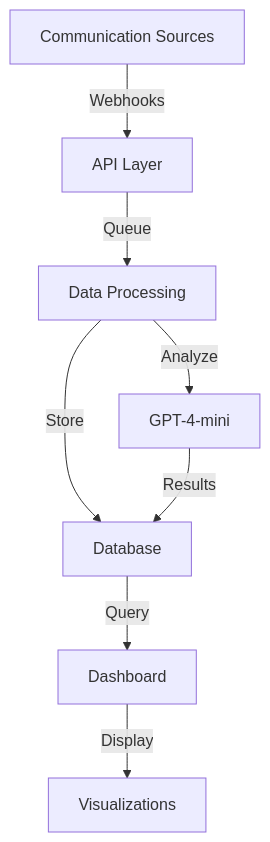
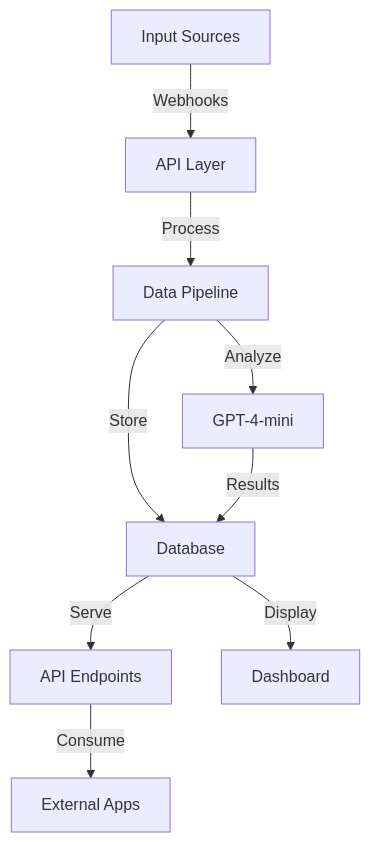
Before and after one commit to haloweavedev/get-civic: the diagram in progress-nov-4.md, drawn with Mermaid. The commit also changed other lines of this file and 1 other file, not shown here.

````diff
--- a/progress-nov-4.md
+++ b/progress-nov-4.md
@@ -24,10 +38,11 @@
 ```mermaid
 graph TD
-    A[Communication Sources] -->|Webhooks| B[API Layer]
-    B -->|Queue| C[Data Processing]
+    A[Input Sources] -->|Webhooks| B[API Layer]
+    B -->|Process| C[Data Pipeline]
     C -->|Store| D[Database]
     C -->|Analyze| E[GPT-4-mini]
     E -->|Results| D
-    D -->|Query| F[Dashboard]
-    F -->|Display| G[Visualizations]
+    D -->|Serve| F[API Endpoints]
+    D -->|Display| G[Dashboard]
+    F -->|Consume| H[External Apps]
 ```
````
